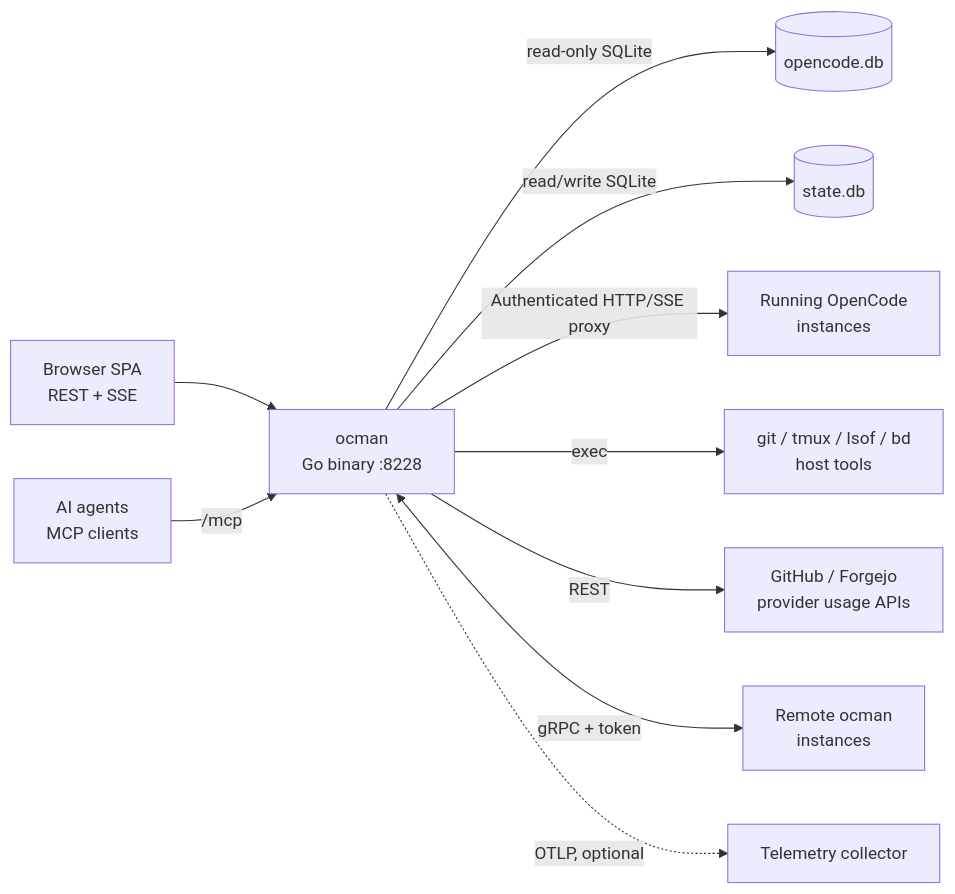
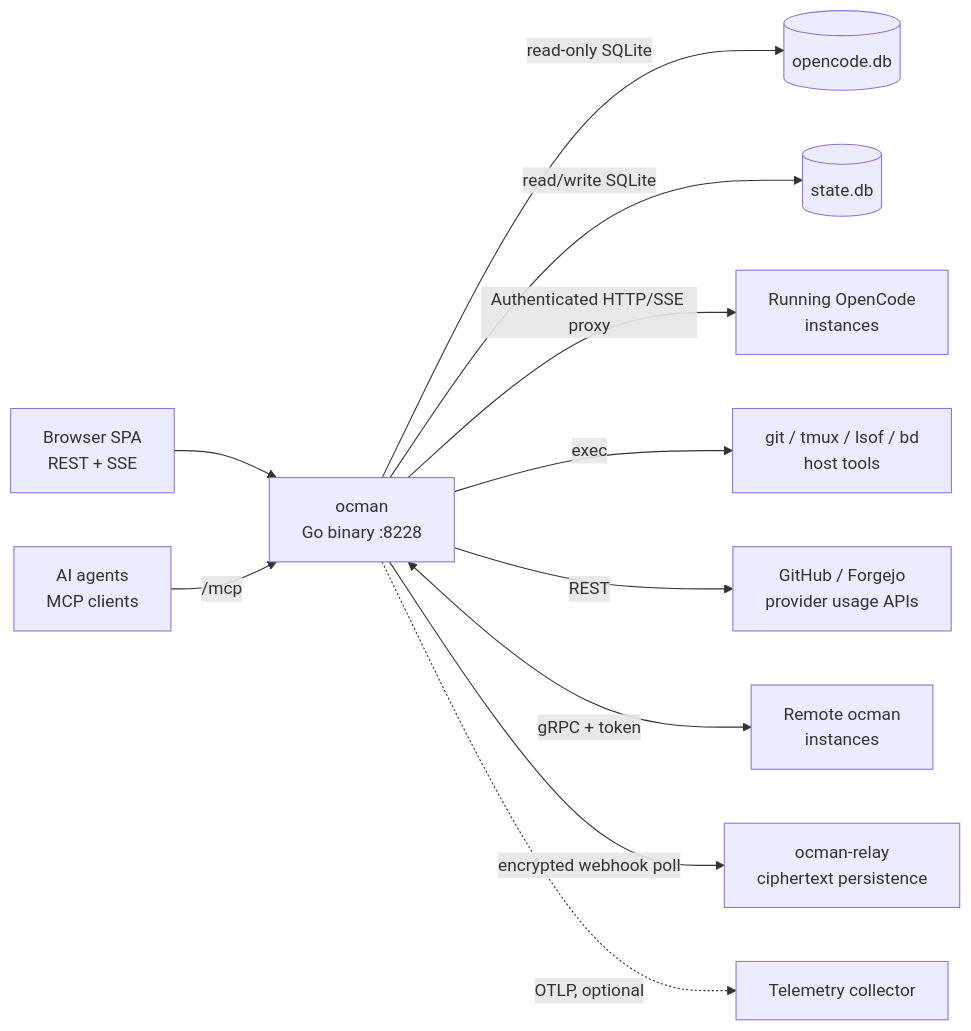
Before and after one commit to ocman/ocman: the second of 5 diagrams in docs/other/architecture.md, drawn with Mermaid. The commit also changed other lines of this file and 5 other files, not shown here.

Commit message:
test: verify encrypted webhook recovery boundaries

````diff
--- a/docs/other/architecture.md
+++ b/docs/other/architecture.md
@@ -45,12 +45,13 @@
 ```mermaid
 flowchart LR
     Browser[Browser SPA<br/>REST + SSE] --> Ocman[ocman<br/>Go binary :8228]
     Agent[AI agents<br/>MCP clients] -->|/mcp| Ocman
     Ocman -->|read-only SQLite| OCDB[(opencode.db)]
     Ocman -->|read/write SQLite| StateDB[(state.db)]
     Ocman -->|Authenticated HTTP/SSE proxy| OCInst[Running OpenCode<br/>instances]
     Ocman -->|exec| Shell[git / tmux / lsof / bd<br/>host tools]
     Ocman -->|REST| APIs[GitHub / Forgejo<br/>provider usage APIs]
     Ocman <-->|gRPC + token| Remotes[Remote ocman<br/>instances]
+    Ocman -->|encrypted webhook poll| Relay[ocman-relay<br/>ciphertext persistence]
     Ocman -.->|OTLP, optional| Otel[Telemetry collector]
 ```
````
